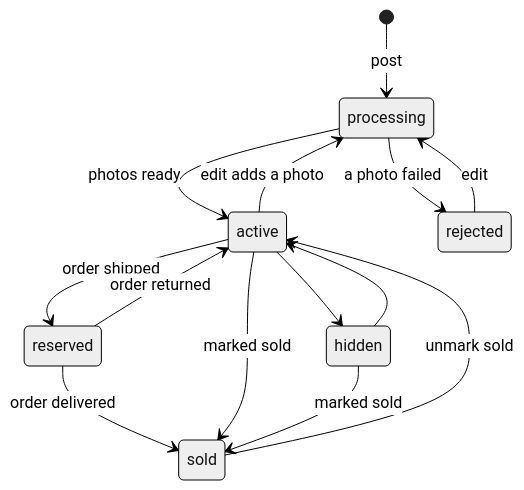
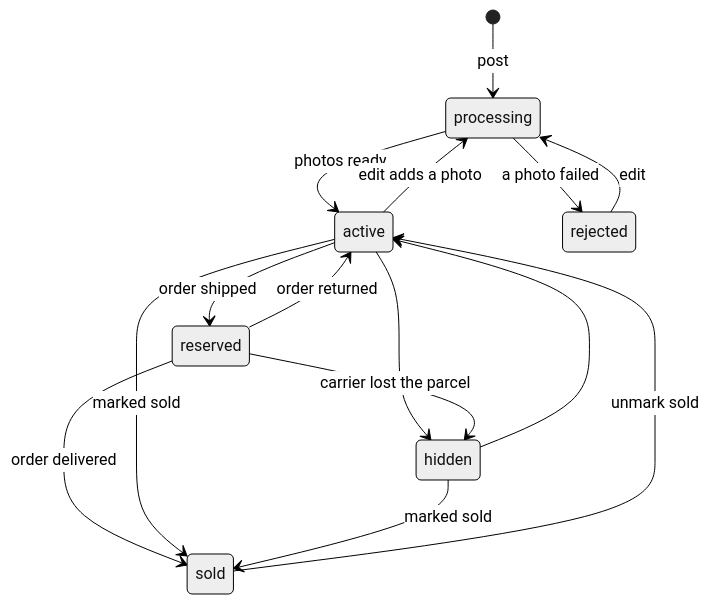
One commit to shopnexus/docs changed the first of 2 diagrams in web/src/content/docs/en/architecture/listings-lifecycle.mdx. Above: the diagram before and after it, drawn with Mermaid (neutral theme). The commit also changed other lines of this file and 42 other files, not shown here.

````diff
--- a/web/src/content/docs/en/architecture/listings-lifecycle.mdx
+++ b/web/src/content/docs/en/architecture/listings-lifecycle.mdx
@@ -30,16 +30,17 @@
 ```mermaid title="Listing status"
 stateDiagram-v2
   [*] --> processing: post
   processing --> active: photos ready
   processing --> rejected: a photo failed
   active --> hidden
   hidden --> active
   active --> reserved: order shipped
   reserved --> active: order returned
+  reserved --> hidden: carrier lost the parcel
   reserved --> sold: order delivered
   active --> sold: marked sold
   hidden --> sold: marked sold
   sold --> active: unmark sold
   active --> processing: edit adds a photo
   rejected --> processing: edit
 ```
````
